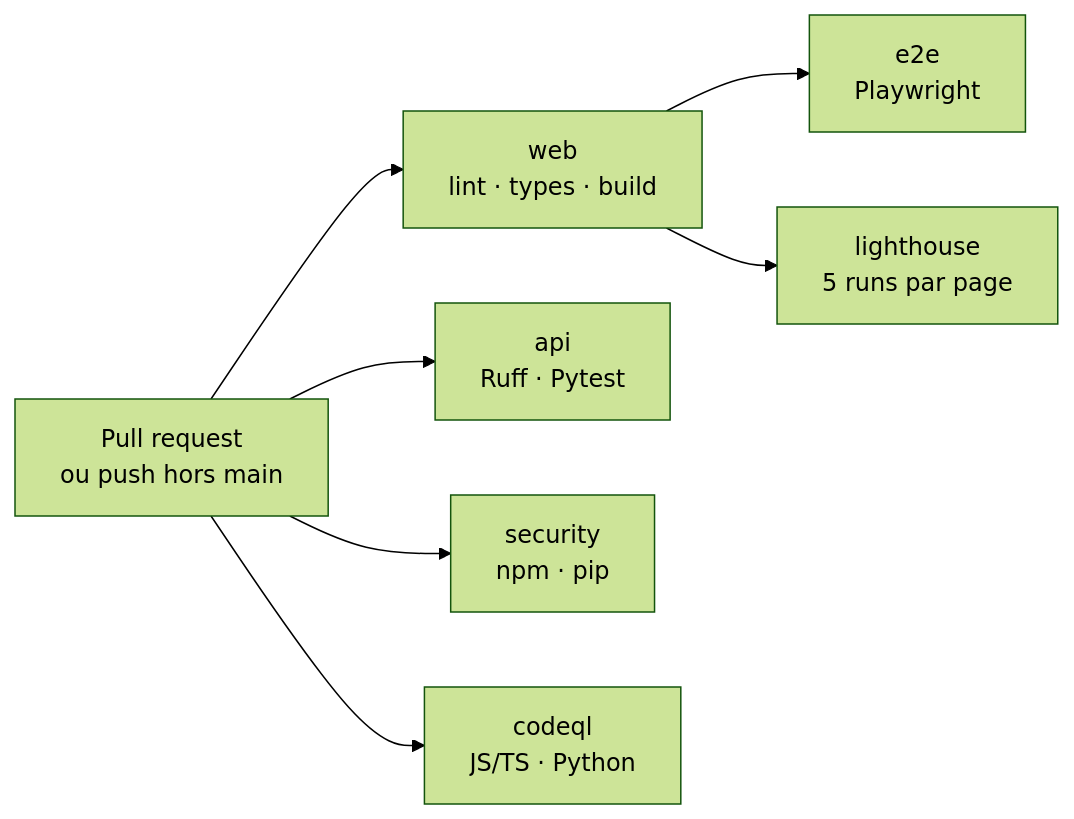
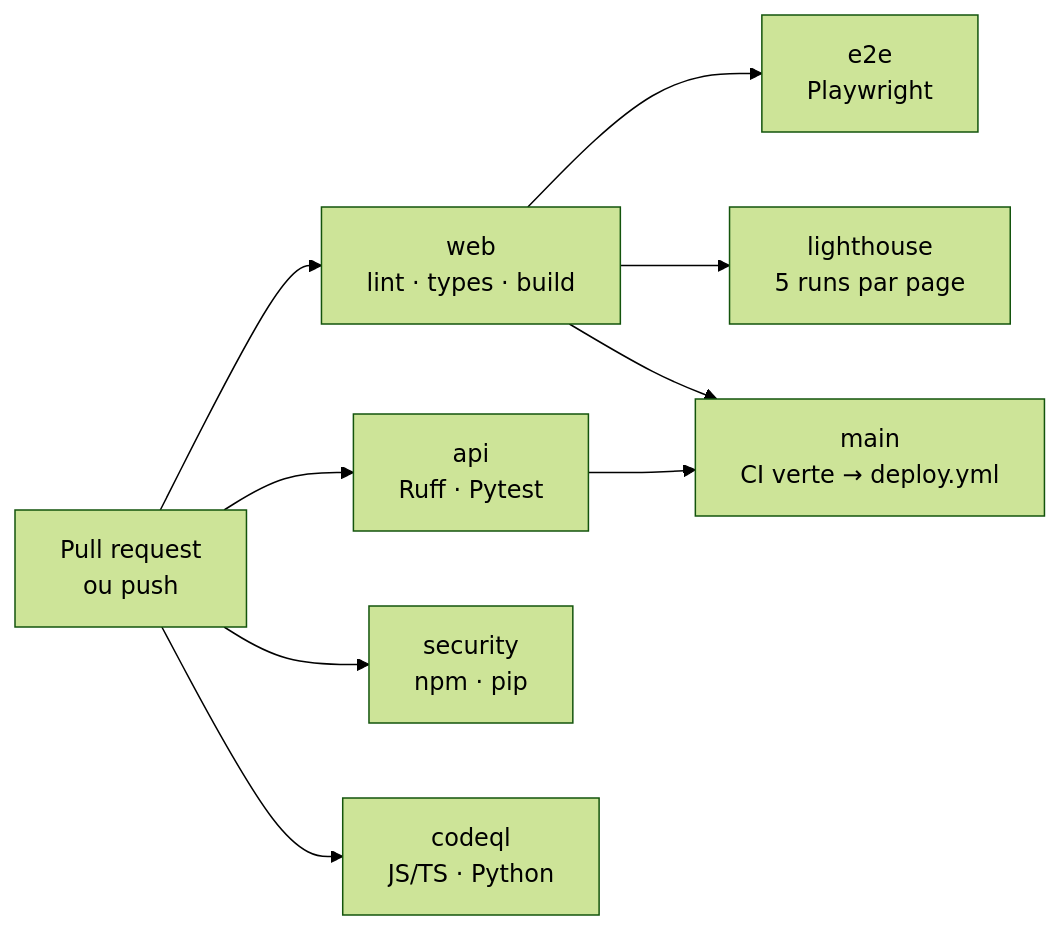
Before and after one commit to hosayni/portfolio: the diagram in docs/CI.md, drawn with Mermaid (forest theme). The commit also changed other lines of this file and 25 other files, not shown here.

````diff
--- a/docs/CI.md
+++ b/docs/CI.md
@@ -7,9 +7,10 @@
 ```mermaid
 flowchart LR
-    PR[Pull request<br/>ou push hors main] --> W[web<br/>lint · types · build]
+    PR[Pull request<br/>ou push] --> W[web<br/>lint · types · build]
     W --> E[e2e<br/>Playwright]
     W --> L[lighthouse<br/>5 runs par page]
     PR --> A[api<br/>Ruff · Pytest]
     PR --> S[security<br/>npm · pip]
     PR --> Q[codeql<br/>JS/TS · Python]
+    A & W --> M[main<br/>CI verte → deploy.yml]
 ```
````
